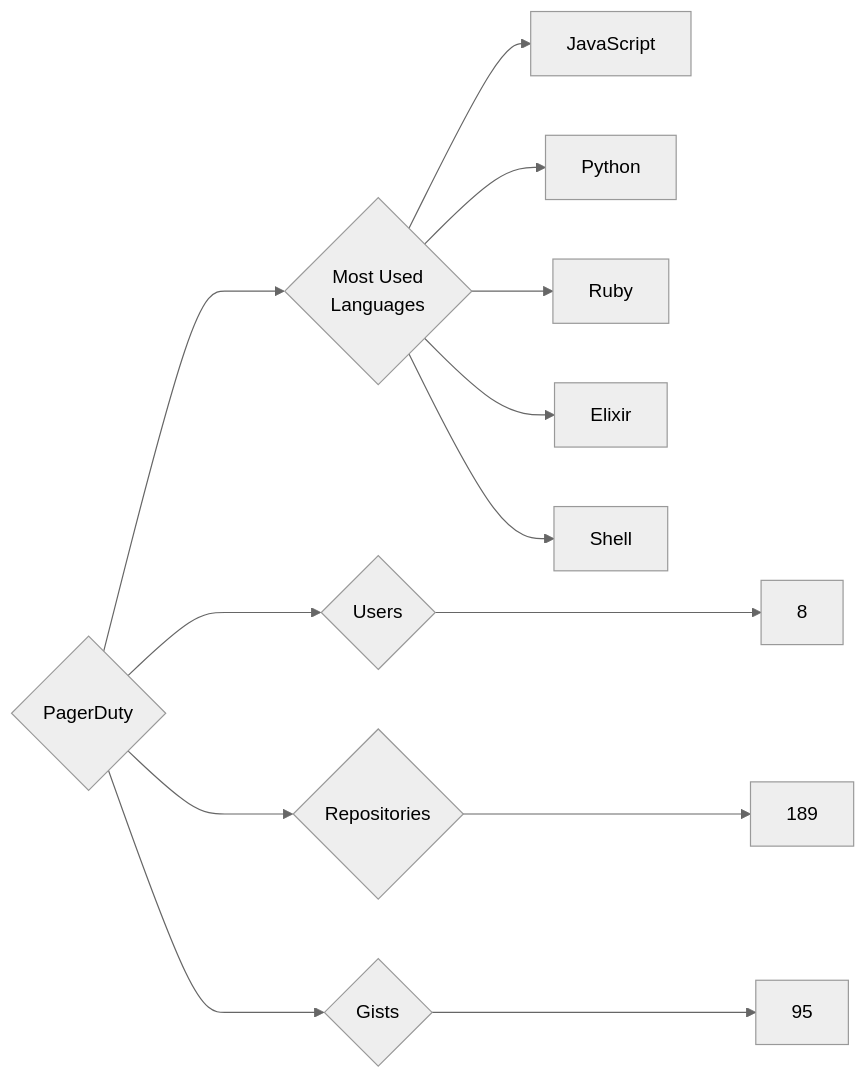
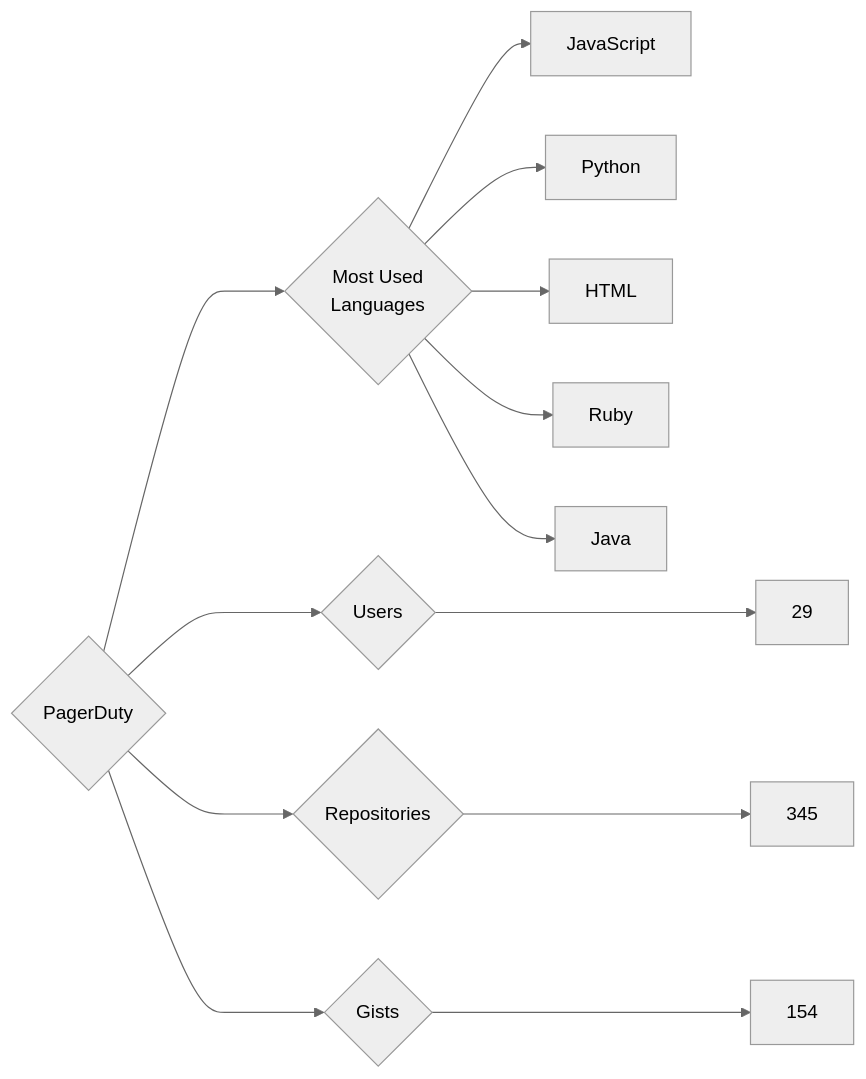
Before and after one commit to trickest/insiders: the diagram in targets/PagerDuty/README.md, drawn with Mermaid (neutral theme). The commit also changed 912 other files, not shown here.

````diff
--- a/targets/PagerDuty/README.md
+++ b/targets/PagerDuty/README.md
@@ -3,13 +3,13 @@
 ```mermaid
 graph LR
 COMPANY_NAME{PagerDuty}
-COMPANY_NAME ---> U{Users} ---> UN[8]
-COMPANY_NAME ---> R{Repositories} ---> RN[189]
-COMPANY_NAME ---> G{Gists} ---> GN[95]
+COMPANY_NAME ---> U{Users} ---> UN[29]
+COMPANY_NAME ---> R{Repositories} ---> RN[345]
+COMPANY_NAME ---> G{Gists} ---> GN[154]
 COMPANY_NAME ---> ML{Most Used<br>Languages}
 ML --> JavaScript[JavaScript]
 ML --> Python[Python]
+ML --> HTML[HTML]
 ML --> Ruby[Ruby]
-ML --> Elixir[Elixir]
-ML --> Shell[Shell]
+ML --> Java[Java]
 ```
````
